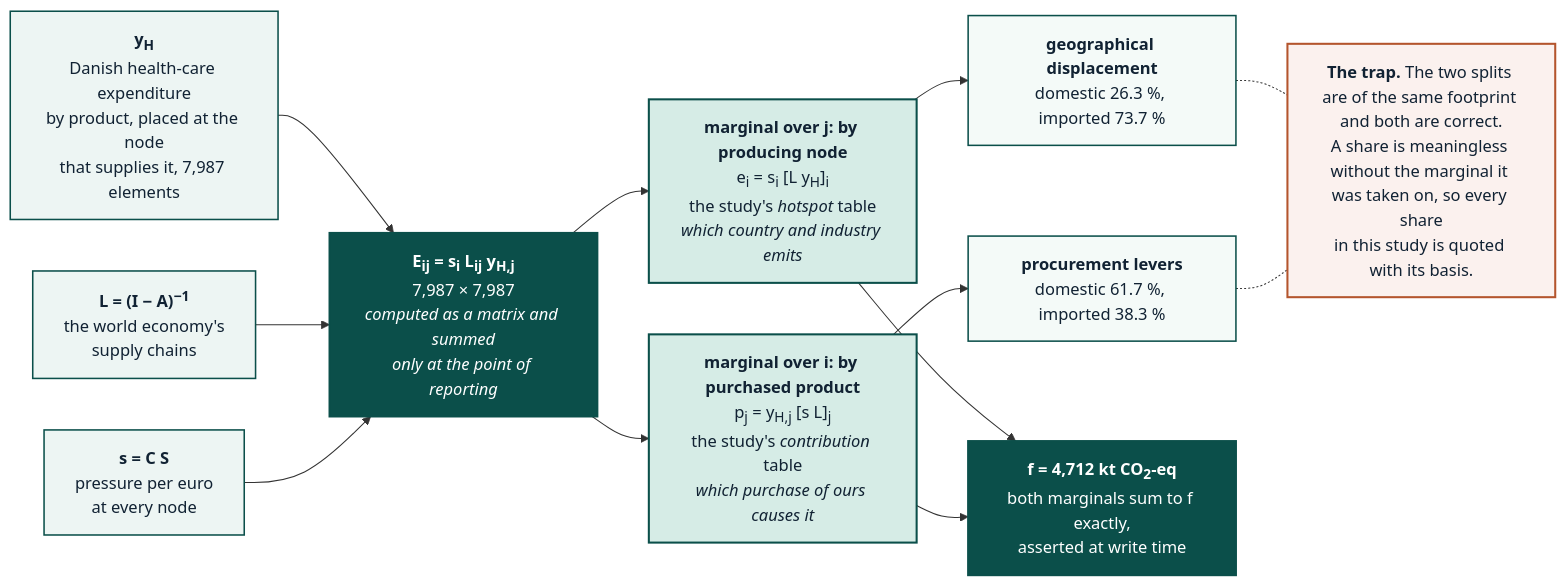
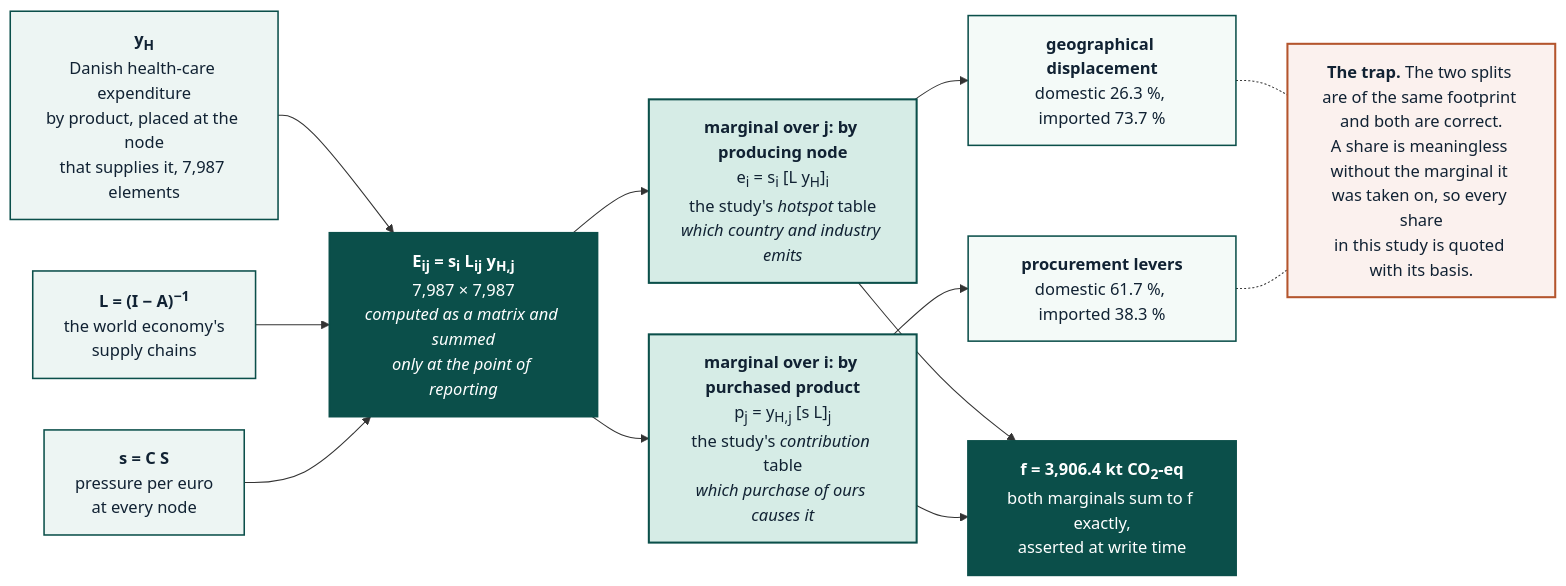
One commit to Ofir2025/envr-footprint-healthcare-Dk2025 changed the first of 2 diagrams in docs/methods/replications.md. Above: the diagram before and after it, drawn with Mermaid. The commit also changed other lines of this file and 6 other files, not shown here.

````diff
--- a/docs/methods/replications.md
+++ b/docs/methods/replications.md
@@ -122,36 +122,36 @@
 ```mermaid
 flowchart LR
     Y["<b>y<sub>H</sub></b><br/>Danish health-care expenditure<br/>by product, placed at the node<br/>that supplies it, 7,987 elements"]
     L["<b>L = (I − A)<sup>−1</sup></b><br/>the world economy's<br/>supply chains"]
     S["<b>s = C S</b><br/>pressure per euro<br/>at every node"]
 
     E["<b>E<sub>ij</sub> = s<sub>i</sub> L<sub>ij</sub> y<sub>H,j</sub></b><br/>7,987 × 7,987<br/><i>computed as a matrix and summed<br/>only at the point of reporting</i>"]
 
     Y --> E
     L --> E
     S --> E
 
     E --> P["<b>marginal over j: by producing node</b><br/>e<sub>i</sub> = s<sub>i</sub> [L y<sub>H</sub>]<sub>i</sub><br/>the study's <i>hotspot</i> table<br/><i>which country and industry emits</i>"]
     E --> Q["<b>marginal over i: by purchased product</b><br/>p<sub>j</sub> = y<sub>H,j</sub> [s L]<sub>j</sub><br/>the study's <i>contribution</i> table<br/><i>which purchase of ours causes it</i>"]
 
     P --> G1["<b>geographical displacement</b><br/>domestic 26.3 %, imported 73.7 %"]
     Q --> G2["<b>procurement levers</b><br/>domestic 61.7 %, imported 38.3 %"]
 
-    P --> F["<b>f = 4,712 kt CO<sub>2</sub>-eq</b><br/>both marginals sum to f exactly,<br/>asserted at write time"]
+    P --> F["<b>f = 3,906.4 kt CO<sub>2</sub>-eq</b><br/>both marginals sum to f exactly,<br/>asserted at write time"]
     Q --> F
 
     W["<b>The trap.</b> The two splits are of the same footprint and both are correct.<br/>A share is meaningless without the marginal it was taken on, so every share<br/>in this study is quoted with its basis."]
     G1 -.- W
     G2 -.- W
 
     classDef input fill:#EDF5F3,stroke:#0B4F4A,stroke-width:1.5px,color:#123
     classDef core fill:#0B4F4A,stroke:#0B4F4A,stroke-width:2px,color:#FFFFFF
     classDef marg fill:#D6ECE6,stroke:#0B4F4A,stroke-width:2px,color:#123
     classDef out fill:#F4FAF8,stroke:#0B4F4A,stroke-width:1.5px,color:#123
     classDef warn fill:#FBF1EE,stroke:#B4552D,stroke-width:2px,color:#123
     class Y,L,S input
     class E,F core
     class P,Q marg
     class G1,G2 out
     class W warn
 ```
````
